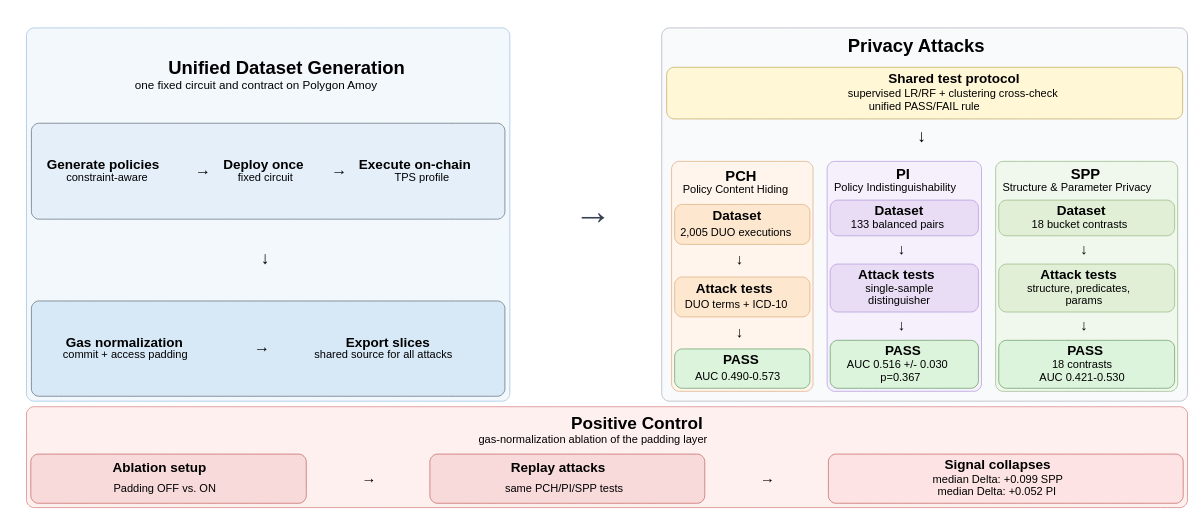
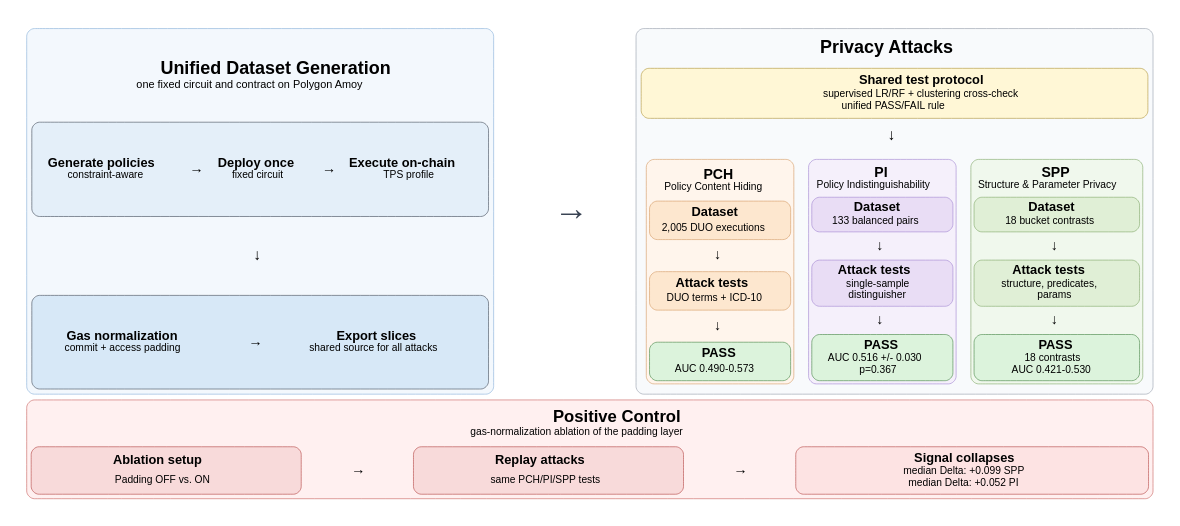
Before and after one commit to klifish/policy_privacy: the diagram in paper/figures/experiment_flow.dot, drawn with Graphviz. The commit also changed 3 other files, not shown here.

First line of the commit message:
Reduce experiment flow figure font sizes for better fit

```diff
--- a/paper/figures/experiment_flow.dot
+++ b/paper/figures/experiment_flow.dot
@@ -14,7 +14,7 @@
     node [
         shape=plain,
         fontname="Helvetica",
-        fontsize=22
+        fontsize=20
     ];
 
     figure [
@@ -26,33 +26,33 @@
                      COLOR="#8db5dc" BGCOLOR="#f3f8fd" STYLE="ROUNDED">
                 <TR>
                   <TD COLSPAN="5" ALIGN="CENTER">
-                    <FONT POINT-SIZE="30"><B>Unified Dataset Generation</B></FONT><BR ALIGN="CENTER"/>
-                    <FONT POINT-SIZE="19">one fixed circuit and contract on Polygon Amoy</FONT>
+                    <FONT POINT-SIZE="28"><B>Unified Dataset Generation</B></FONT><BR ALIGN="CENTER"/>
+                    <FONT POINT-SIZE="17">one fixed circuit and contract on Polygon Amoy</FONT>
                   </TD>
                 </TR>
                 <TR>
                   <TD COLSPAN="5" ALIGN="CENTER" BGCOLOR="#e4eff9" BORDER="1" COLOR="#4b5563" STYLE="ROUNDED">
                     <TABLE BORDER="0" CELLBORDER="0" CELLSPACING="8" CELLPADDING="5">
                       <TR>
-                        <TD WIDTH="150" ALIGN="CENTER"><FONT POINT-SIZE="22"><B>Generate policies</B></FONT><BR ALIGN="CENTER"/><FONT POINT-SIZE="18">constraint-aware</FONT></TD>
-                        <TD><FONT POINT-SIZE="26">&#8594;</FONT></TD>
-                        <TD WIDTH="150" ALIGN="CENTER"><FONT POINT-SIZE="22"><B>Deploy once</B></FONT><BR ALIGN="CENTER"/><FONT POINT-SIZE="18">fixed circuit</FONT></TD>
-                        <TD><FONT POINT-SIZE="26">&#8594;</FONT></TD>
-                        <TD WIDTH="150" ALIGN="CENTER"><FONT POINT-SIZE="22"><B>Execute on-chain</B></FONT><BR ALIGN="CENTER"/><FONT POINT-SIZE="18">TPS profile</FONT></TD>
+                        <TD WIDTH="150" ALIGN="CENTER"><FONT POINT-SIZE="20"><B>Generate policies</B></FONT><BR ALIGN="CENTER"/><FONT POINT-SIZE="16">constraint-aware</FONT></TD>
+                        <TD><FONT POINT-SIZE="22">&#8594;</FONT></TD>
+                        <TD WIDTH="150" ALIGN="CENTER"><FONT POINT-SIZE="20"><B>Deploy once</B></FONT><BR ALIGN="CENTER"/><FONT POINT-SIZE="16">fixed circuit</FONT></TD>
+                        <TD><FONT POINT-SIZE="22">&#8594;</FONT></TD>
+                        <TD WIDTH="150" ALIGN="CENTER"><FONT POINT-SIZE="20"><B>Execute on-chain</B></FONT><BR ALIGN="CENTER"/><FONT POINT-SIZE="16">TPS profile</FONT></TD>
                       </TR>
                     </TABLE>
                   </TD>
                 </TR>
                 <TR>
-                  <TD COLSPAN="5" ALIGN="CENTER"><FONT POINT-SIZE="28">&#8595;</FONT></TD>
+                  <TD COLSPAN="5" ALIGN="CENTER"><FONT POINT-SIZE="24">&#8595;</FONT></TD>
                 </TR>
                 <TR>
                   <TD COLSPAN="5" ALIGN="CENTER" BGCOLOR="#d7e8f7" BORDER="1" COLOR="#4b5563" STYLE="ROUNDED">
                     <TABLE BORDER="0" CELLBORDER="0" CELLSPACING="8" CELLPADDING="5">
                       <TR>
-                        <TD WIDTH="210" ALIGN="CENTER"><FONT POINT-SIZE="22"><B>Gas normalization</B></FONT><BR ALIGN="CENTER"/><FONT POINT-SIZE="18">commit + access padding</FONT></TD>
-                        <TD><FONT POINT-SIZE="26">&#8594;</FONT></TD>
-                        <TD WIDTH="210" ALIGN="CENTER"><FONT POINT-SIZE="22"><B>Export slices</B></FONT><BR ALIGN="CENTER"/><FONT POINT-SIZE="18">shared source for all attacks</FONT></TD>
+                        <TD WIDTH="210" ALIGN="CENTER"><FONT POINT-SIZE="20"><B>Gas normalization</B></FONT><BR ALIGN="CENTER"/><FONT POINT-SIZE="16">commit + access padding</FONT></TD>
+                        <TD><FONT POINT-SIZE="22">&#8594;</FONT></TD>
+                        <TD WIDTH="210" ALIGN="CENTER"><FONT POINT-SIZE="20"><B>Export slices</B></FONT><BR ALIGN="CENTER"/><FONT POINT-SIZE="16">shared source for all attacks</FONT></TD>
                       </TR>
                     </TABLE>
                   </TD>
@@ -61,7 +61,7 @@
             </TD>
 
             <TD WIDTH="55" VALIGN="MIDDLE">
-              <FONT POINT-SIZE="62" COLOR="#374151"><B>&#8594;</B></FONT>
+              <FONT POINT-SIZE="54" COLOR="#374151"><B>&#8594;</B></FONT>
             </TD>
 
             <TD VALIGN="MIDDLE">
@@ -69,42 +69,42 @@
                      COLOR="#9ca3af" BGCOLOR="#f8fafc" STYLE="ROUNDED">
                 <TR>
                   <TD COLSPAN="3" ALIGN="CENTER">
-                    <FONT POINT-SIZE="30"><B>Privacy Attacks</B></FONT>
+                    <FONT POINT-SIZE="28"><B>Privacy Attacks</B></FONT>
                   </TD>
                 </TR>
                 <TR>
                   <TD COLSPAN="3" ALIGN="CENTER" BGCOLOR="#fff7d6" BORDER="1" COLOR="#b59b45" STYLE="ROUNDED">
-                    <FONT POINT-SIZE="22"><B>Shared test protocol</B></FONT><BR ALIGN="CENTER"/>
-                    <FONT POINT-SIZE="18">supervised LR/RF + clustering cross-check</FONT><BR ALIGN="CENTER"/>
-                    <FONT POINT-SIZE="18">unified PASS/FAIL rule</FONT>
+                    <FONT POINT-SIZE="20"><B>Shared test protocol</B></FONT><BR ALIGN="CENTER"/>
+                    <FONT POINT-SIZE="16">supervised LR/RF + clustering cross-check</FONT><BR ALIGN="CENTER"/>
+                    <FONT POINT-SIZE="16">unified PASS/FAIL rule</FONT>
                   </TD>
                 </TR>
                 <TR>
-                  <TD COLSPAN="3" ALIGN="CENTER"><FONT POINT-SIZE="28">&#8595;</FONT></TD>
+                  <TD COLSPAN="3" ALIGN="CENTER"><FONT POINT-SIZE="24">&#8595;</FONT></TD>
                 </TR>
                 <TR>
                   <TD>
                     <TABLE BORDER="1" CELLBORDER="0" CELLSPACING="4" CELLPADDING="6"
                            COLOR="#d7a06d" BGCOLOR="#fff5ec" STYLE="ROUNDED">
-                      <TR><TD WIDTH="220" ALIGN="CENTER"><FONT POINT-SIZE="24"><B>PCH</B></FONT><BR ALIGN="CENTER"/><FONT POINT-SIZE="18">Policy Content Hiding</FONT></TD></TR>
+                      <TR><TD WIDTH="220" ALIGN="CENTER"><FONT POINT-SIZE="22"><B>PCH</B></FONT><BR ALIGN="CENTER"/><FONT POINT-SIZE="16">Policy Content Hiding</FONT></TD></TR>
                       <TR><TD WIDTH="220" ALIGN="CENTER" BGCOLOR="#fde7cf" BORDER="1" COLOR="#d7a06d" STYLE="ROUNDED">
                         <TABLE BORDER="0" CELLBORDER="0" CELLSPACING="0" CELLPADDING="0">
-                          <TR><TD ALIGN="CENTER"><FONT POINT-SIZE="22"><B>Dataset</B></FONT></TD></TR>
-                          <TR><TD ALIGN="CENTER"><FONT POINT-SIZE="18">2,005 DUO executions</FONT></TD></TR>
+                          <TR><TD ALIGN="CENTER"><FONT POINT-SIZE="20"><B>Dataset</B></FONT></TD></TR>
+                          <TR><TD ALIGN="CENTER"><FONT POINT-SIZE="16">2,005 DUO executions</FONT></TD></TR>
                         </TABLE>
                       </TD></TR>
-                      <TR><TD ALIGN="CENTER"><FONT POINT-SIZE="24">&#8595;</FONT></TD></TR>
+                      <TR><TD ALIGN="CENTER"><FONT POINT-SIZE="22">&#8595;</FONT></TD></TR>
                       <TR><TD WIDTH="220" ALIGN="CENTER" BGCOLOR="#fde7cf" BORDER="1" COLOR="#d7a06d" STYLE="ROUNDED">
                         <TABLE BORDER="0" CELLBORDER="0" CELLSPACING="0" CELLPADDING="0">
-                          <TR><TD ALIGN="CENTER"><FONT POINT-SIZE="22"><B>Attack tests</B></FONT></TD></TR>
-                          <TR><TD ALIGN="CENTER"><FONT POINT-SIZE="18">DUO terms + ICD-10</FONT></TD></TR>
+                          <TR><TD ALIGN="CENTER"><FONT POINT-SIZE="20"><B>Attack tests</B></FONT></TD></TR>
+                          <TR><TD ALIGN="CENTER"><FONT POINT-SIZE="16">DUO terms + ICD-10</FONT></TD></TR>
                         </TABLE>
                       </TD></TR>
-                      <TR><TD ALIGN="CENTER"><FONT POINT-SIZE="24">&#8595;</FONT></TD></TR>
+                      <TR><TD ALIGN="CENTER"><FONT POINT-SIZE="22">&#8595;</FONT></TD></TR>
                       <TR><TD WIDTH="220" ALIGN="CENTER" BGCOLOR="#dcf3dc" BORDER="1" COLOR="#4f8b4f" STYLE="ROUNDED">
                         <TABLE BORDER="0" CELLBORDER="0" CELLSPACING="0" CELLPADDING="0">
-                          <TR><TD ALIGN="CENTER"><FONT POINT-SIZE="22"><B>PASS</B></FONT></TD></TR>
-                          <TR><TD ALIGN="CENTER"><FONT POINT-SIZE="18">AUC 0.490-0.573</FONT></TD></TR>
+                          <TR><TD ALIGN="CENTER"><FONT POINT-SIZE="20"><B>PASS</B></FONT></TD></TR>
+                          <TR><TD ALIGN="CENTER"><FONT POINT-SIZE="16">AUC 0.490-0.573</FONT></TD></TR>
                         </TABLE>
                       </TD></TR>
                     </TABLE>
@@ -112,27 +112,27 @@
                   <TD>
                     <TABLE BORDER="1" CELLBORDER="0" CELLSPACING="4" CELLPADDING="6"
                            COLOR="#a78bd4" BGCOLOR="#f5f0fb" STYLE="ROUNDED">
-                      <TR><TD WIDTH="220" ALIGN="CENTER"><FONT POINT-SIZE="24"><B>PI</B></FONT><BR ALIGN="CENTER"/><FONT POINT-SIZE="18">Policy Indistinguishability</FONT></TD></TR>
+                      <TR><TD WIDTH="220" ALIGN="CENTER"><FONT POINT-SIZE="22"><B>PI</B></FONT><BR ALIGN="CENTER"/><FONT POINT-SIZE="16">Policy Indistinguishability</FONT></TD></TR>
                       <TR><TD WIDTH="220" ALIGN="CENTER" BGCOLOR="#e9ddf5" BORDER="1" COLOR="#a78bd4" STYLE="ROUNDED">
                         <TABLE BORDER="0" CELLBORDER="0" CELLSPACING="0" CELLPADDING="0">
-                          <TR><TD ALIGN="CENTER"><FONT POINT-SIZE="22"><B>Dataset</B></FONT></TD></TR>
-                          <TR><TD ALIGN="CENTER"><FONT POINT-SIZE="18">133 balanced pairs</FONT></TD></TR>
+                          <TR><TD ALIGN="CENTER"><FONT POINT-SIZE="20"><B>Dataset</B></FONT></TD></TR>
+                          <TR><TD ALIGN="CENTER"><FONT POINT-SIZE="16">133 balanced pairs</FONT></TD></TR>
                         </TABLE>
                       </TD></TR>
-                      <TR><TD ALIGN="CENTER"><FONT POINT-SIZE="24">&#8595;</FONT></TD></TR>
+                      <TR><TD ALIGN="CENTER"><FONT POINT-SIZE="22">&#8595;</FONT></TD></TR>
                       <TR><TD WIDTH="220" ALIGN="CENTER" BGCOLOR="#e9ddf5" BORDER="1" COLOR="#a78bd4" STYLE="ROUNDED">
                         <TABLE BORDER="0" CELLBORDER="0" CELLSPACING="0" CELLPADDING="0">
-                          <TR><TD ALIGN="CENTER"><FONT POINT-SIZE="22"><B>Attack tests</B></FONT></TD></TR>
-                          <TR><TD ALIGN="CENTER"><FONT POINT-SIZE="18">single-sample</FONT></TD></TR>
-                          <TR><TD ALIGN="CENTER"><FONT POINT-SIZE="18">distinguisher</FONT></TD></TR>
+                          <TR><TD ALIGN="CENTER"><FONT POINT-SIZE="20"><B>Attack tests</B></FONT></TD></TR>
+                          <TR><TD ALIGN="CENTER"><FONT POINT-SIZE="16">single-sample</FONT></TD></TR>
+                          <TR><TD ALIGN="CENTER"><FONT POINT-SIZE="16">distinguisher</FONT></TD></TR>
                         </TABLE>
                       </TD></TR>
-                      <TR><TD ALIGN="CENTER"><FONT POINT-SIZE="24">&#8595;</FONT></TD></TR>
+                      <TR><TD ALIGN="CENTER"><FONT POINT-SIZE="22">&#8595;</FONT></TD></TR>
                       <TR><TD WIDTH="220" ALIGN="CENTER" BGCOLOR="#dcf3dc" BORDER="1" COLOR="#4f8b4f" STYLE="ROUNDED">
                         <TABLE BORDER="0" CELLBORDER="0" CELLSPACING="0" CELLPADDING="0">
-                          <TR><TD ALIGN="CENTER"><FONT POINT-SIZE="22"><B>PASS</B></FONT></TD></TR>
-                          <TR><TD ALIGN="CENTER"><FONT POINT-SIZE="18">AUC 0.516 +/- 0.030</FONT></TD></TR>
-                          <TR><TD ALIGN="CENTER"><FONT POINT-SIZE="18">p=0.367</FONT></TD></TR>
+                          <TR><TD ALIGN="CENTER"><FONT POINT-SIZE="20"><B>PASS</B></FONT></TD></TR>
+                          <TR><TD ALIGN="CENTER"><FONT POINT-SIZE="16">AUC 0.516 +/- 0.030</FONT></TD></TR>
+                          <TR><TD ALIGN="CENTER"><FONT POINT-SIZE="16">p=0.367</FONT></TD></TR>
                         </TABLE>
                       </TD></TR>
                     </TABLE>
@@ -140,27 +140,27 @@
                   <TD>
                     <TABLE BORDER="1" CELLBORDER="0" CELLSPACING="4" CELLPADDING="6"
                            COLOR="#87ad70" BGCOLOR="#f0f8ed" STYLE="ROUNDED">
-                      <TR><TD WIDTH="220" ALIGN="CENTER"><FONT POINT-SIZE="24"><B>SPP</B></FONT><BR ALIGN="CENTER"/><FONT POINT-SIZE="18">Structure &amp; Parameter Privacy</FONT></TD></TR>
+                      <TR><TD WIDTH="220" ALIGN="CENTER"><FONT POINT-SIZE="22"><B>SPP</B></FONT><BR ALIGN="CENTER"/><FONT POINT-SIZE="16">Structure &amp; Parameter Privacy</FONT></TD></TR>
                       <TR><TD WIDTH="220" ALIGN="CENTER" BGCOLOR="#e0efd6" BORDER="1" COLOR="#87ad70" STYLE="ROUNDED">
                         <TABLE BORDER="0" CELLBORDER="0" CELLSPACING="0" CELLPADDING="0">
-                          <TR><TD ALIGN="CENTER"><FONT POINT-SIZE="22"><B>Dataset</B></FONT></TD></TR>
-                          <TR><TD ALIGN="CENTER"><FONT POINT-SIZE="18">18 bucket contrasts</FONT></TD></TR>
+                          <TR><TD ALIGN="CENTER"><FONT POINT-SIZE="20"><B>Dataset</B></FONT></TD></TR>
+                          <TR><TD ALIGN="CENTER"><FONT POINT-SIZE="16">18 bucket contrasts</FONT></TD></TR>
                         </TABLE>
                       </TD></TR>
-                      <TR><TD ALIGN="CENTER"><FONT POINT-SIZE="24">&#8595;</FONT></TD></TR>
+                      <TR><TD ALIGN="CENTER"><FONT POINT-SIZE="22">&#8595;</FONT></TD></TR>
                       <TR><TD WIDTH="220" ALIGN="CENTER" BGCOLOR="#e0efd6" BORDER="1" COLOR="#87ad70" STYLE="ROUNDED">
                         <TABLE BORDER="0" CELLBORDER="0" CELLSPACING="0" CELLPADDING="0">
-                          <TR><TD ALIGN="CENTER"><FONT POINT-SIZE="22"><B>Attack tests</B></FONT></TD></TR>
-                          <TR><TD ALIGN="CENTER"><FONT POINT-SIZE="18">structure, predicates,</FONT></TD></TR>
-                          <TR><TD ALIGN="CENTER"><FONT POINT-SIZE="18">params</FONT></TD></TR>
+                          <TR><TD ALIGN="CENTER"><FONT POINT-SIZE="20"><B>Attack tests</B></FONT></TD></TR>
+                          <TR><TD ALIGN="CENTER"><FONT POINT-SIZE="16">structure, predicates,</FONT></TD></TR>
+                          <TR><TD ALIGN="CENTER"><FONT POINT-SIZE="16">params</FONT></TD></TR>
                         </TABLE>
                       </TD></TR>
-                      <TR><TD ALIGN="CENTER"><FONT POINT-SIZE="24">&#8595;</FONT></TD></TR>
+                      <TR><TD ALIGN="CENTER"><FONT POINT-SIZE="22">&#8595;</FONT></TD></TR>
                       <TR><TD WIDTH="220" ALIGN="CENTER" BGCOLOR="#dcf3dc" BORDER="1" COLOR="#4f8b4f" STYLE="ROUNDED">
                         <TABLE BORDER="0" CELLBORDER="0" CELLSPACING="0" CELLPADDING="0">
-                          <TR><TD ALIGN="CENTER"><FONT POINT-SIZE="22"><B>PASS</B></FONT></TD></TR>
-                          <TR><TD ALIGN="CENTER"><FONT POINT-SIZE="18">18 contrasts</FONT></TD></TR>
-                          <TR><TD ALIGN="CENTER"><FONT POINT-SIZE="18">AUC 0.421-0.530</FONT></TD></TR>
+                          <TR><TD ALIGN="CENTER"><FONT POINT-SIZE="20"><B>PASS</B></FONT></TD></TR>
+                          <TR><TD ALIGN="CENTER"><FONT POINT-SIZE="16">18 contrasts</FONT></TD></TR>
+                          <TR><TD ALIGN="CENTER"><FONT POINT-SIZE="16">AUC 0.421-0.530</FONT></TD></TR>
                         </TABLE>
                       </TD></TR>
                     </TABLE>
@@ -176,30 +176,30 @@
                      COLOR="#cc6b68" BGCOLOR="#fff0f0" STYLE="ROUNDED">
                 <TR>
                   <TD COLSPAN="5" ALIGN="CENTER">
-                    <FONT POINT-SIZE="28"><B>Positive Control</B></FONT><BR ALIGN="CENTER"/>
-                    <FONT POINT-SIZE="18">gas-normalization ablation of the padding layer</FONT>
+                    <FONT POINT-SIZE="26"><B>Positive Control</B></FONT><BR ALIGN="CENTER"/>
+                    <FONT POINT-SIZE="16">gas-normalization ablation of the padding layer</FONT>
                   </TD>
                 </TR>
                 <TR>
                   <TD WIDTH="300" ALIGN="CENTER" BGCOLOR="#f8dada" BORDER="1" COLOR="#b84e4b" STYLE="ROUNDED">
                     <TABLE BORDER="0" CELLBORDER="0" CELLSPACING="0" CELLPADDING="0">
-                      <TR><TD ALIGN="CENTER"><FONT POINT-SIZE="22"><B>Ablation setup</B></FONT></TD></TR>
-                      <TR><TD ALIGN="CENTER"><FONT POINT-SIZE="18">Padding OFF vs. ON</FONT></TD></TR>
+                      <TR><TD ALIGN="CENTER"><FONT POINT-SIZE="20"><B>Ablation setup</B></FONT></TD></TR>
+                      <TR><TD ALIGN="CENTER"><FONT POINT-SIZE="16">Padding OFF vs. ON</FONT></TD></TR>
                     </TABLE>
                   </TD>
-                  <TD WIDTH="42" ALIGN="CENTER"><FONT POINT-SIZE="24">&#8594;</FONT></TD>
+                  <TD WIDTH="42" ALIGN="CENTER"><FONT POINT-SIZE="22">&#8594;</FONT></TD>
                   <TD WIDTH="300" ALIGN="CENTER" BGCOLOR="#f8dada" BORDER="1" COLOR="#b84e4b" STYLE="ROUNDED">
                     <TABLE BORDER="0" CELLBORDER="0" CELLSPACING="0" CELLPADDING="0">
-                      <TR><TD ALIGN="CENTER"><FONT POINT-SIZE="22"><B>Replay attacks</B></FONT></TD></TR>
-                      <TR><TD ALIGN="CENTER"><FONT POINT-SIZE="18">same PCH/PI/SPP tests</FONT></TD></TR>
+                      <TR><TD ALIGN="CENTER"><FONT POINT-SIZE="20"><B>Replay attacks</B></FONT></TD></TR>
+                      <TR><TD ALIGN="CENTER"><FONT POINT-SIZE="16">same PCH/PI/SPP tests</FONT></TD></TR>
                     </TABLE>
                   </TD>
-                  <TD WIDTH="42" ALIGN="CENTER"><FONT POINT-SIZE="24">&#8594;</FONT></TD>
+                  <TD WIDTH="42" ALIGN="CENTER"><FONT POINT-SIZE="22">&#8594;</FONT></TD>
                   <TD WIDTH="430" ALIGN="CENTER" BGCOLOR="#fde3e3" BORDER="1" COLOR="#b84e4b" STYLE="ROUNDED">
                     <TABLE BORDER="0" CELLBORDER="0" CELLSPACING="0" CELLPADDING="0">
-                      <TR><TD ALIGN="CENTER"><FONT POINT-SIZE="22"><B>Signal collapses</B></FONT></TD></TR>
-                      <TR><TD ALIGN="CENTER"><FONT POINT-SIZE="18">median Delta: +0.099 SPP</FONT></TD></TR>
-                      <TR><TD ALIGN="CENTER"><FONT POINT-SIZE="18">median Delta: +0.052 PI</FONT></TD></TR>
+                      <TR><TD ALIGN="CENTER"><FONT POINT-SIZE="20"><B>Signal collapses</B></FONT></TD></TR>
+                      <TR><TD ALIGN="CENTER"><FONT POINT-SIZE="16">median Delta: +0.099 SPP</FONT></TD></TR>
+                      <TR><TD ALIGN="CENTER"><FONT POINT-SIZE="16">median Delta: +0.052 PI</FONT></TD></TR>
                     </TABLE>
                   </TD>
                 </TR>
```
